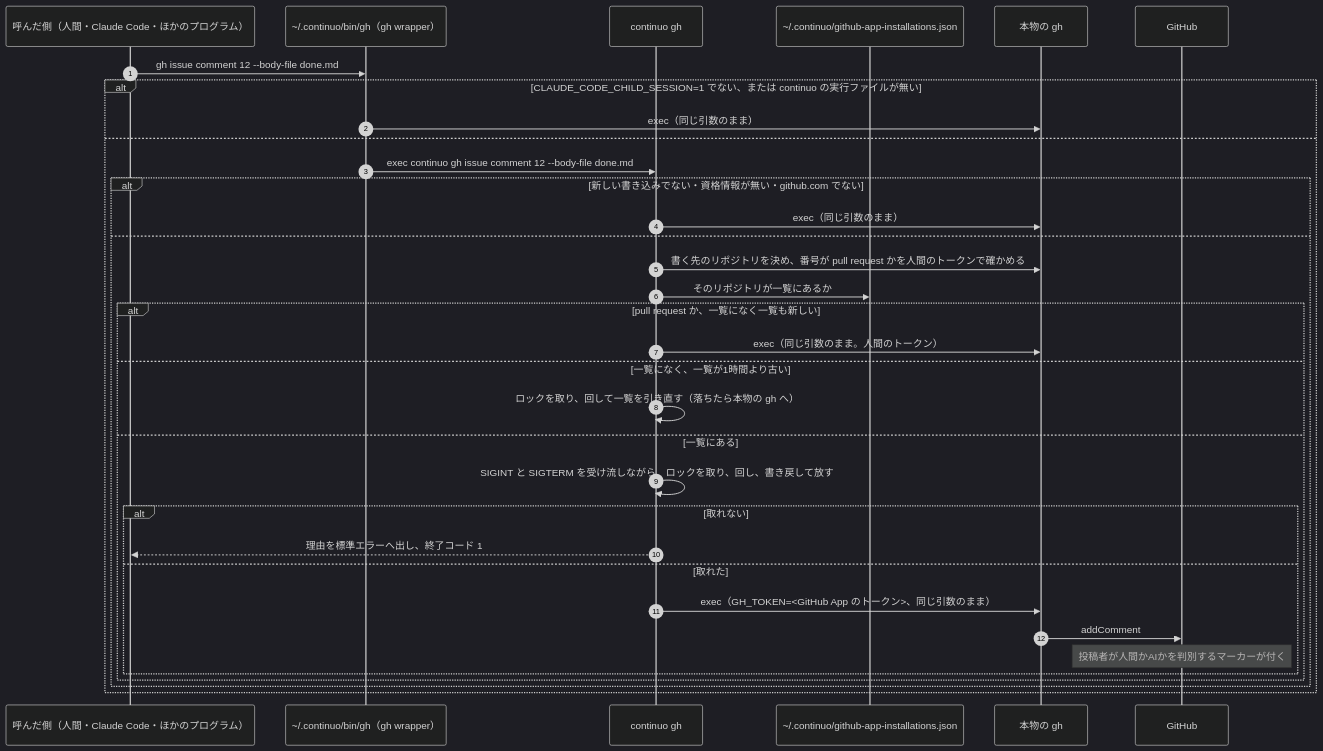
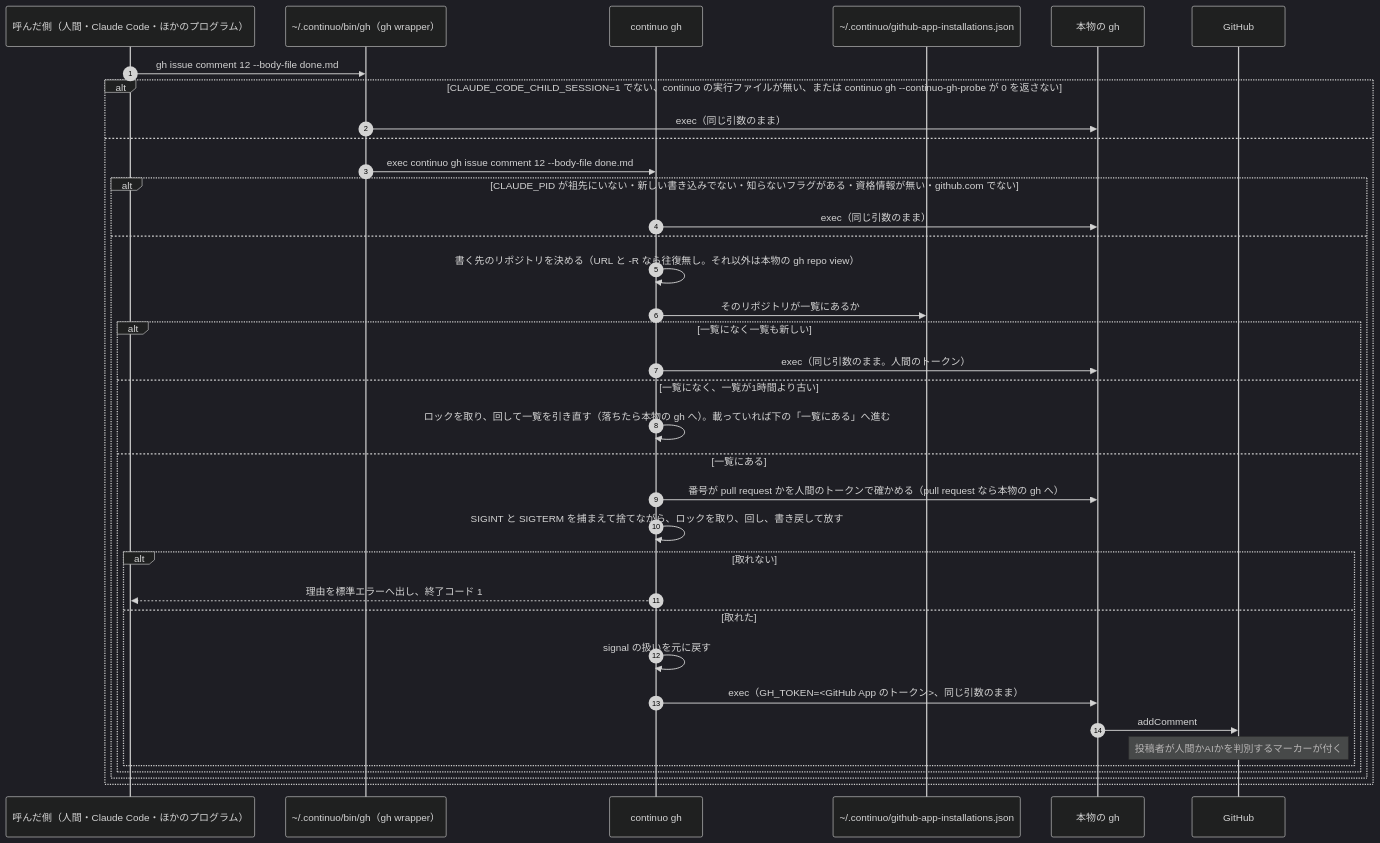
One commit to maimuzo/continuo changed diagram 11 of 12 in docs/plans/impl/issue245_github_app_issue_writes.md. Above: the diagram before and after it, drawn with Mermaid (dark theme). The commit also changed other lines of this file, not shown here.

First line of the commit message:
設計レビュー2周目の指摘を計画ファイルへ反映する CLAUDE_PID の祖先の確かめと版の probe を足し、一覧の引き直しの時機と取り除く文面の一覧を直す

````diff
--- a/docs/plans/impl/issue245_github_app_issue_writes.md
+++ b/docs/plans/impl/issue245_github_app_issue_writes.md
@@ -1075,36 +1081,38 @@
 ```mermaid
 sequenceDiagram
     autonumber
     participant X as 呼んだ側（人間・Claude Code・ほかのプログラム）
     participant W as ~/.continuo/bin/gh（gh wrapper）
     participant C as continuo gh
     participant L as ~/.continuo/github-app-installations.json
     participant G as 本物の gh
     participant GH as GitHub
     X->>W: gh issue comment 12 --body-file done.md
-    alt CLAUDE_CODE_CHILD_SESSION=1 でない、または continuo の実行ファイルが無い
+    alt CLAUDE_CODE_CHILD_SESSION=1 でない、continuo の実行ファイルが無い、または continuo gh --continuo-gh-probe が 0 を返さない
         W->>G: exec（同じ引数のまま）
     else
         W->>C: exec continuo gh issue comment 12 --body-file done.md
-        alt 新しい書き込みでない・資格情報が無い・github.com でない
+        alt CLAUDE_PID が祖先にいない・新しい書き込みでない・知らないフラグがある・資格情報が無い・github.com でない
             C->>G: exec（同じ引数のまま）
         else
-            C->>G: 書く先のリポジトリを決め、番号が pull request かを人間のトークンで確かめる
+            C->>C: 書く先のリポジトリを決める（URL と -R なら往復無し。それ以外は本物の gh repo view）
             C->>L: そのリポジトリが一覧にあるか
-            alt pull request か、一覧になく一覧も新しい
+            alt 一覧になく一覧も新しい
                 C->>G: exec（同じ引数のまま。人間のトークン）
             else 一覧になく、一覧が1時間より古い
-                C->>C: ロックを取り、回して一覧を引き直す（落ちたら本物の gh へ）
+                C->>C: ロックを取り、回して一覧を引き直す（落ちたら本物の gh へ）。載っていれば下の「一覧にある」へ進む
             else 一覧にある
-                C->>C: SIGINT と SIGTERM を受け流しながら、ロックを取り、回し、書き戻して放す
+                C->>G: 番号が pull request かを人間のトークンで確かめる（pull request なら本物の gh へ）
+                C->>C: SIGINT と SIGTERM を捕まえて捨てながら、ロックを取り、回し、書き戻して放す
                 alt 取れない
                     C-->>X: 理由を標準エラーへ出し、終了コード 1
                 else 取れた
+                    C->>C: signal の扱いを元に戻す
                     C->>G: exec（GH_TOKEN=<GitHub App のトークン>、同じ引数のまま）
                     G->>GH: addComment
                     Note over GH: 投稿者が人間かAIかを判別するマーカーが付く
                 end
             end
         end
     end
 ```
````
